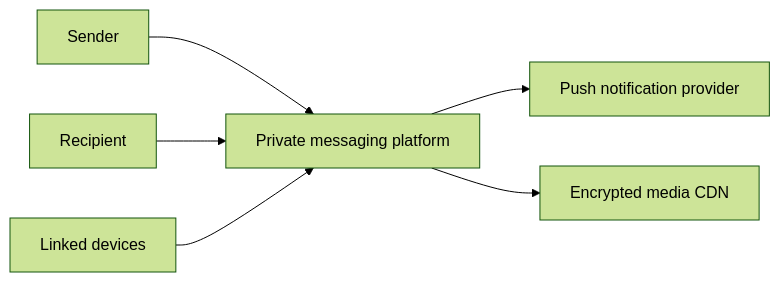
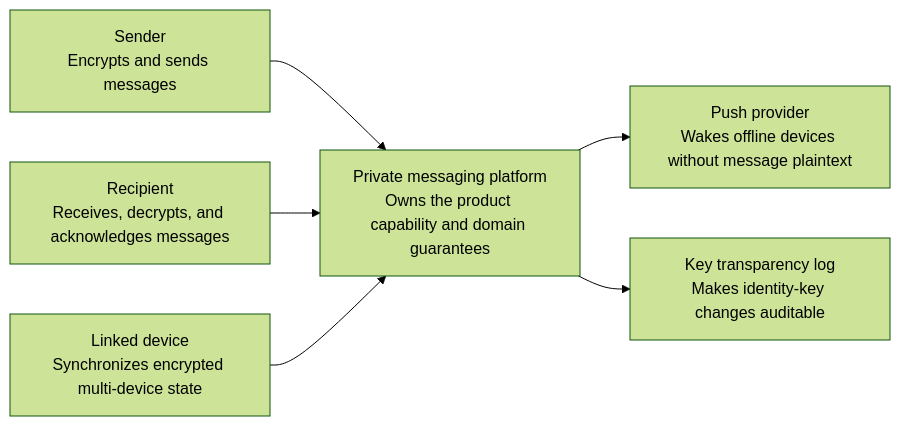
One commit to navaidya/learning changed the first of 5 diagrams in content/system-design/04-ai-native-private-messaging.md. Above: the diagram before and after it, drawn with Mermaid (forest theme). The commit also changed other lines of this file and 49 other files, not shown here.

````diff
--- a/content/system-design/04-ai-native-private-messaging.md
+++ b/content/system-design/04-ai-native-private-messaging.md
@@ -34,10 +53,11 @@
 ```mermaid
 flowchart LR
-  accTitle: Private messaging system context
-  accDescr: Senders, recipients, and linked devices use encrypted messaging with push and encrypted media delivery.
-  Sender --> Messaging[Private messaging platform]
-  Recipient --> Messaging
-  Messaging --> Push[Push notification provider]
-  Messaging --> CDN[Encrypted media CDN]
-  Devices[Linked devices] --> Messaging
+  accTitle: Private messaging platform system context
+  accDescr: Human and system actors use Private messaging platform, which integrates with explicitly bounded external capabilities.
+  A1["Sender<br/>Encrypts and sends messages"] --> System
+  A2["Recipient<br/>Receives, decrypts, and acknowledges messages"] --> System
+  A3["Linked device<br/>Synchronizes encrypted multi-device state"] --> System
+  System["Private messaging platform<br/>Owns the product capability and domain guarantees"]
+  System --> E1["Push provider<br/>Wakes offline devices without message plaintext"]
+  System --> E2["Key transparency log<br/>Makes identity-key changes auditable"]
 ```
````
